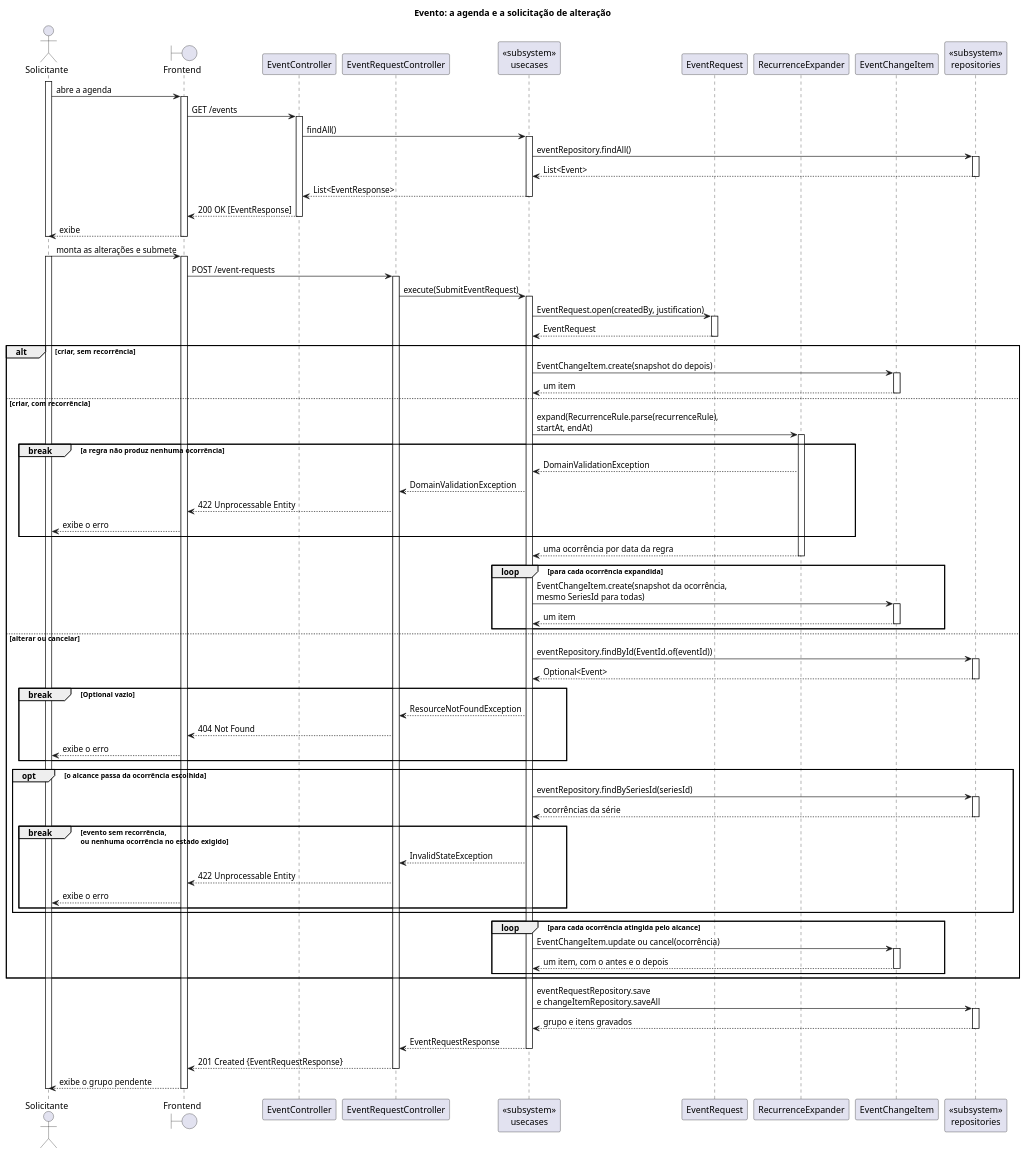
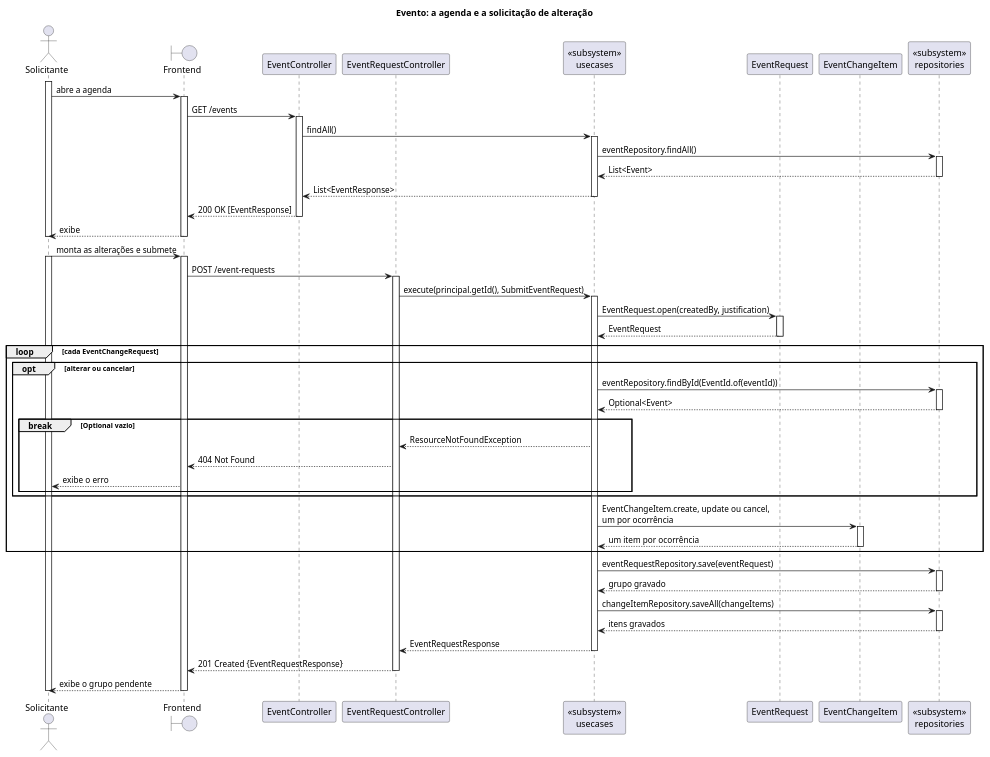
Before and after one commit to Neoguara/rooms-diagrams: the diagram in src/plantuml/sequencia/simples/event.puml, drawn with PlantUML. The commit also changed 1 other file, not shown here.

```diff
--- a/src/plantuml/sequencia/simples/event.puml
+++ b/src/plantuml/sequencia/simples/event.puml
@@ -1,185 +1,138 @@
 @startuml event_simples
 
 ' A tela da agenda, no estilo simplista: o solicitante vê os eventos e pede alterações. A
 ' tela do aprovador, com a fila e a decisão, está em event_request.puml. Os diagramas
 ' completos continuam em sequencia/event/, e é lá que estão todos os desvios.
 '
 ' A forma do diagrama segue o uso da tela: abrir a agenda lista os eventos, e a listagem é
 ' obrigatória, acontece antes de tudo e não é alternativa a nada. A solicitação vem depois
 ' dela, e é a única operação que esta tela oferece.
 '
-' Uma submissão aqui carrega uma alteração só. O caso de uso aceita uma lista e percorre
-' todas em um laço, mas isso não muda o que acontece com cada uma, e o laço de fora só
-' empurrava o resto do desenho para dentro de mais uma caixa. Ele está nos completos.
+' O laço e o opt são o assunto do diagrama. Uma submissão carrega uma lista de alterações
+' e o caso de uso percorre todas, por isso o laço de fora. Dentro dele, a única diferença
+' entre os tipos é o começo: alterar e cancelar precisam carregar o evento que vão tocar,
+' criar não tem o que carregar porque o evento ainda não existe. É isso que o opt marca.
 '
-' O alt é o assunto do diagrama. Uma alteração não vira um item, vira quantos itens ela
-' atingir, e os três ramos são os três caminhos para isso: criar sem recorrência chama o
-' EventChangeItem uma vez; criar com recorrência expande a regra em ocorrências; alterar
-' ou cancelar em lote carrega as ocorrências já existentes da série. Os dois últimos têm
-' laço, o primeiro não, e é essa diferença que o diagrama precisa mostrar. É também por
-' isso que o grupo é montado aqui, e não na aprovação: quem decide vê exatamente quais
-' eventos serão tocados.
+' Uma alteração não vira um item, vira quantos itens ela atingir. Criar com regra de
+' recorrência rende um item por ocorrência da regra; alterar ou cancelar em lote rende um
+' item por ocorrência da série. Como as duas contas são internas ao caso de uso e não
+' trocam mensagem com ninguém, a multiplicidade fica no rótulo, e não num laço. O
+' RecurrenceExpander, o findBySeriesId e os dois 422 que eles levantam estão nos
+' diagramas completos.
+'
+' É por isso que o grupo é montado aqui, e não na aprovação: quem decide vê exatamente
+' quais eventos serão tocados.
 '
 ' Submeter não toca o evento. O que se pretende fazer fica guardado nos itens, que nascem
 ' em PENDING; só a aprovação efetiva, e ela está em event_request.puml.
 '
 ' Quatro cortes em relação aos completos:
 '   1. Porta e implementação viram um participante só, tipado como «subsystem».
 '   2. Os desvios são marcados com break, o fragmento que cancela o resto da interação,
-'      que é o que o throw faz. O 422 de changes vazio, que é a primeira linha do caso de
-'      uso, fica nos completos.
+'      que é o que o throw faz. Sobra o 404 do evento que não existe. O 422 de changes
+'      vazio, o da regra sem ocorrência e o do alcance de série ficam nos completos.
 '   3. Nenhuma mensagem para si mesmo, e ativação só em trecho reto. As barras aninham:
 '      a do ator cobre a interação inteira, e cada camada abaixo ocupa menos tempo.
 '   4. O armazenamento não aparece. As mensagens param no participante de repositório,
 '      e a consulta ou gravação fica implícita: o que importa é a conversa entre as
 '      camadas, não o SQL.
 '
-' O 422 de recurrenceRule alterada num UPDATE entra na mesma guarda do break de estado:
-' os dois são InvalidStateException do mesmo ramo e dão a mesma resposta.
-'
-' O opt do alcance é literal: em THIS_OCCURRENCE o targetsOf devolve o próprio evento e não
-' encosta no repositório. O update ainda tem um atalho para esse caso, que devolve um item
-' sem montar o deslocamento; aqui ele aparece como o laço de uma volta só que é.
-'
-' O RecurrenceExpander absorve o RecurrenceRule.parse, que nos completos é uma raia à
-' parte. O filtro por seriesId do GET /events fica de fora: é parâmetro de consulta, não
-' troca entre camadas.
+' O filtro por seriesId do GET /events fica de fora: é parâmetro de consulta, não troca
+' entre camadas.
 '
 ' Dois detalhes ficam fora porque não mudam a lógica. O EventRequestConflicts, que calcula
 ' os choques previstos depois da gravação, é aviso e não recusa: tirá-lo não altera uma
 ' mensagem sequer do caminho que o diagrama mostra. E o tipo REACTIVATE, que é o CANCEL ao
 ' contrário e percorre exatamente as mesmas mensagens. Os dois estão nos completos.
 
 title Evento: a agenda e a solicitação de alteração
 
 actor "Solicitante" as Ator
 boundary "Frontend" as FE
 participant "EventController" as EvCtrl
 participant "EventRequestController" as ReqCtrl
 
 participant "<<subsystem>>\nusecases" as UC
 
 participant "EventRequest" as Req
-participant "RecurrenceExpander" as Expander
 participant "EventChangeItem" as Item
 
 participant "<<subsystem>>\nrepositories" as Repo
 
 activate Ator
 Ator -> FE: abre a agenda
 activate FE
 FE -> EvCtrl: GET /events
 activate EvCtrl
 EvCtrl -> UC: findAll()
 activate UC
 
 UC -> Repo: eventRepository.findAll()
 activate Repo
 Repo --> UC: List<Event>
 deactivate Repo
 
 UC --> EvCtrl: List<EventResponse>
 deactivate UC
 EvCtrl --> FE: 200 OK [EventResponse]
 deactivate EvCtrl
 FE --> Ator: exibe
 deactivate FE
 deactivate Ator
 
 Ator -> FE: monta as alterações e submete
 activate Ator
 activate FE
 FE -> ReqCtrl: POST /event-requests
 activate ReqCtrl
-ReqCtrl -> UC: execute(SubmitEventRequest)
+ReqCtrl -> UC: execute(principal.getId(), SubmitEventRequest)
 activate UC
 
 UC -> Req: EventRequest.open(createdBy, justification)
 activate Req
 Req --> UC: EventRequest
 deactivate Req
 
-alt criar, sem recorrência
+loop cada EventChangeRequest
 
-  UC -> Item: EventChangeItem.create(snapshot do depois)
-  activate Item
-  Item --> UC: um item
-  deactivate Item
+  opt alterar ou cancelar
 
-else criar, com recorrência
-
-  UC -> Expander: expand(RecurrenceRule.parse(recurrenceRule),\nstartAt, endAt)
-  activate Expander
-
-  break a regra não produz nenhuma ocorrência
-    Expander --> UC: DomainValidationException
-    UC --> ReqCtrl: DomainValidationException
-    ReqCtrl --> FE: 422 Unprocessable Entity
-    FE --> Ator: exibe o erro
-  end
-
-  Expander --> UC: uma ocorrência por data da regra
-  deactivate Expander
-
-  loop para cada ocorrência expandida
-
-    UC -> Item: EventChangeItem.create(snapshot da ocorrência,\nmesmo SeriesId para todas)
-    activate Item
-    Item --> UC: um item
-    deactivate Item
-
-  end
-
-else alterar ou cancelar
-
-  UC -> Repo: eventRepository.findById(EventId.of(eventId))
-  activate Repo
-  Repo --> UC: Optional<Event>
-  deactivate Repo
-
-  break Optional vazio
-    UC --> ReqCtrl: ResourceNotFoundException
-    ReqCtrl --> FE: 404 Not Found
-    FE --> Ator: exibe o erro
-  end
-
-  opt o alcance passa da ocorrência escolhida
-
-    UC -> Repo: eventRepository.findBySeriesId(seriesId)
+    UC -> Repo: eventRepository.findById(EventId.of(eventId))
     activate Repo
-    Repo --> UC: ocorrências da série
+    Repo --> UC: Optional<Event>
     deactivate Repo
 
-    break evento sem recorrência,\nou nenhuma ocorrência no estado exigido
-      UC --> ReqCtrl: InvalidStateException
-      ReqCtrl --> FE: 422 Unprocessable Entity
+    break Optional vazio
+      UC --> ReqCtrl: ResourceNotFoundException
+      ReqCtrl --> FE: 404 Not Found
       FE --> Ator: exibe o erro
     end
 
   end
 
-  loop para cada ocorrência atingida pelo alcance
-
-    UC -> Item: EventChangeItem.update ou cancel(ocorrência)
-    activate Item
-    Item --> UC: um item, com o antes e o depois
-    deactivate Item
-
-  end
+  UC -> Item: EventChangeItem.create, update ou cancel,\num por ocorrência
+  activate Item
+  Item --> UC: um item por ocorrência
+  deactivate Item
 
 end
 
-UC -> Repo: eventRequestRepository.save\ne changeItemRepository.saveAll
+UC -> Repo: eventRequestRepository.save(eventRequest)
 activate Repo
-Repo --> UC: grupo e itens gravados
+Repo --> UC: grupo gravado
+deactivate Repo
+
+UC -> Repo: changeItemRepository.saveAll(changeItems)
+activate Repo
+Repo --> UC: itens gravados
 deactivate Repo
 
 UC --> ReqCtrl: EventRequestResponse
 deactivate UC
 ReqCtrl --> FE: 201 Created {EventRequestResponse}
 deactivate ReqCtrl
 FE --> Ator: exibe o grupo pendente
 deactivate FE
 deactivate Ator
 
 @enduml
```
